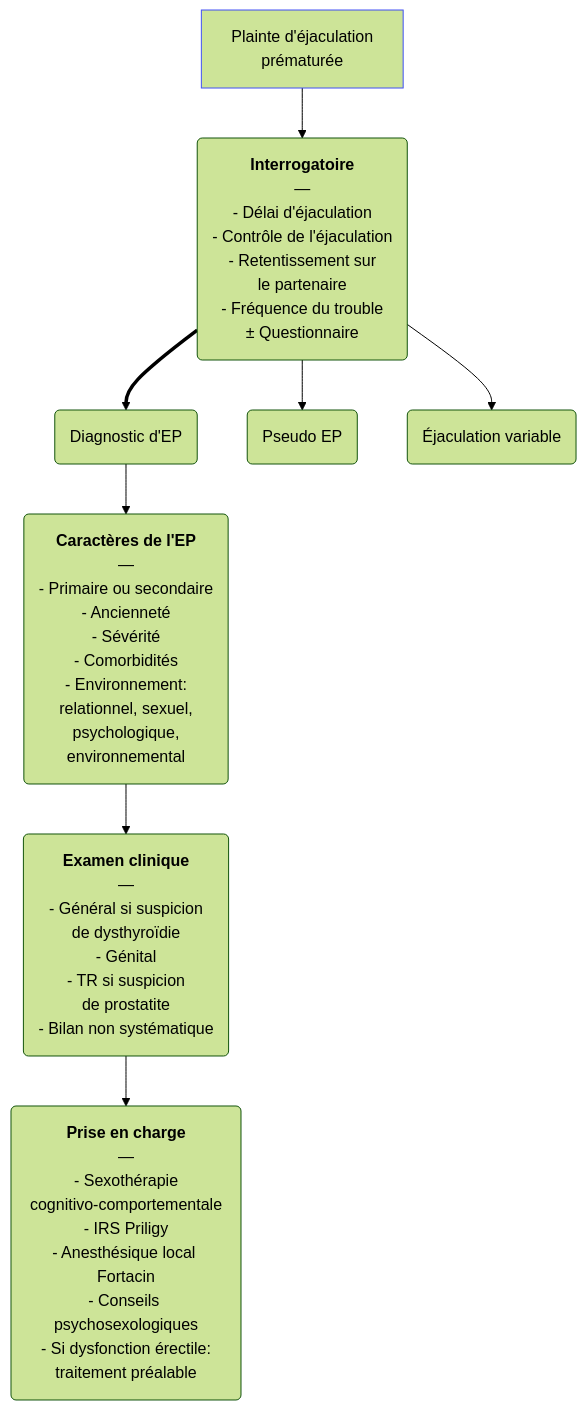
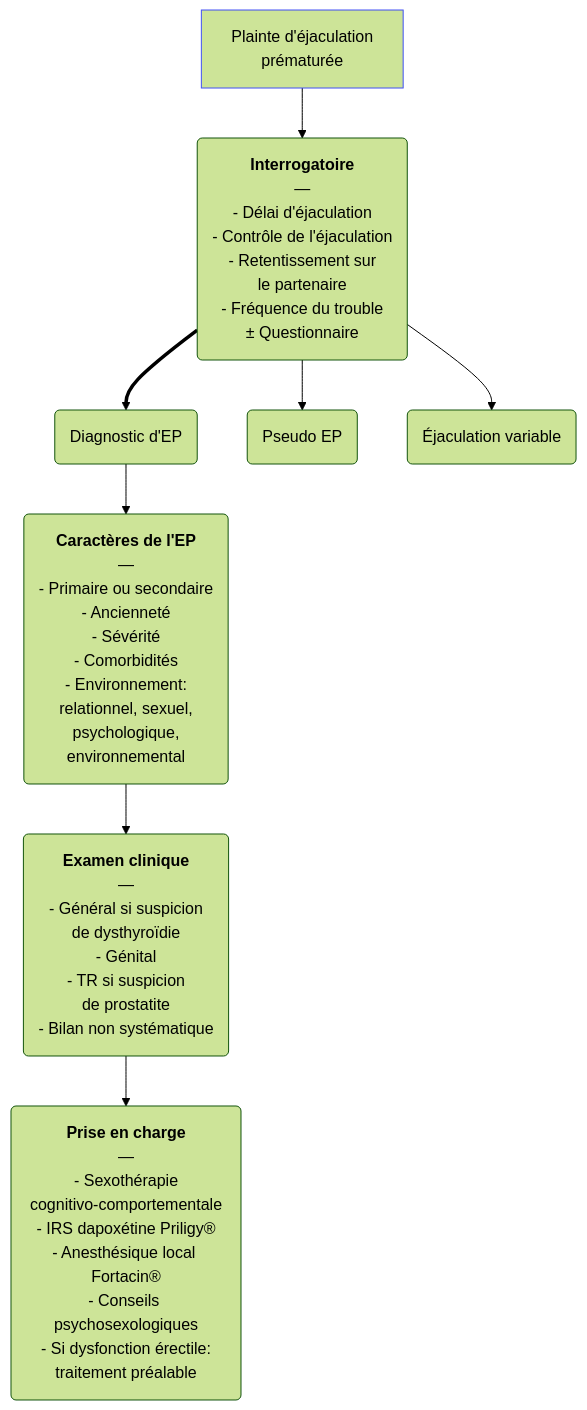
The diagram in content/recommandations/ejaculation-prematuree.md (djibe/recommandations-medicales), drawn with Mermaid (forest theme) before and after one commit. The commit also changed other lines of this file and 16 other files, not shown here.

```diff
--- a/content/recommandations/ejaculation-prematuree.md
+++ b/content/recommandations/ejaculation-prematuree.md
@@ -160,7 +160,7 @@
 {{< mermaid title="Prise en charge de l'éjaculation prématurée. Dr JB Fron d'après AIUS 2024">}}
 graph TB
-  suspicion["Plainte d'éjaculation<br>prématurée"] --> interrogatoire("<b>Interrogatoire</b><br>—<br>- Délai d'éjaculation<br>- Contrôle de l'éjaculation<br>- Retentissement sur<br>le partenaire<br>- Fréquence du trouble<br>± Questionnaire") ==> diagnostic(Diagnostic d'EP) --> caractères("<b>Caractères de l'EP</b><br>—<br>- Primaire ou secondaire<br>- Ancienneté<br>- Sévérité<br>- Comorbidités<br>- Environnement:<br>relationnel, sexuel,<br>psychologique,<br>environnemental") --> clinique("<b>Examen clinique</b><br>—<br>- Général si suspicion<br>de dysthyroïdie<br>- Génital<br>- TR si suspicion<br>de prostatite<br>- Bilan non systématique") --> traitement("<b>Prise en charge</b><br>—<br>- Sexothérapie<br>cognitivo-comportementale<br>- IRS Priligy<br>- Anesthésique local Fortacin<br>- Conseils psychosexologiques<br>- Si dysfonction érectile:<br>traitement préalable")
+  suspicion["Plainte d'éjaculation<br>prématurée"] --> interrogatoire("<b>Interrogatoire</b><br>—<br>- Délai d'éjaculation<br>- Contrôle de l'éjaculation<br>- Retentissement sur<br>le partenaire<br>- Fréquence du trouble<br>± Questionnaire") ==> diagnostic(Diagnostic d'EP) --> caractères("<b>Caractères de l'EP</b><br>—<br>- Primaire ou secondaire<br>- Ancienneté<br>- Sévérité<br>- Comorbidités<br>- Environnement:<br>relationnel, sexuel,<br>psychologique,<br>environnemental") --> clinique("<b>Examen clinique</b><br>—<br>- Général si suspicion<br>de dysthyroïdie<br>- Génital<br>- TR si suspicion<br>de prostatite<br>- Bilan non systématique") --> traitement("<b>Prise en charge</b><br>—<br>- Sexothérapie<br>cognitivo-comportementale<br>- IRS dapoxétine Priligy®<br>- Anesthésique local Fortacin®<br>- Conseils psychosexologiques<br>- Si dysfonction érectile:<br>traitement préalable")
     interrogatoire --> pseudo(Pseudo EP)
     interrogatoire --> variable(Éjaculation variable)
   style suspicion stroke:#4150f5, stroke-width:1px
 {{< /mermaid >}}
```
